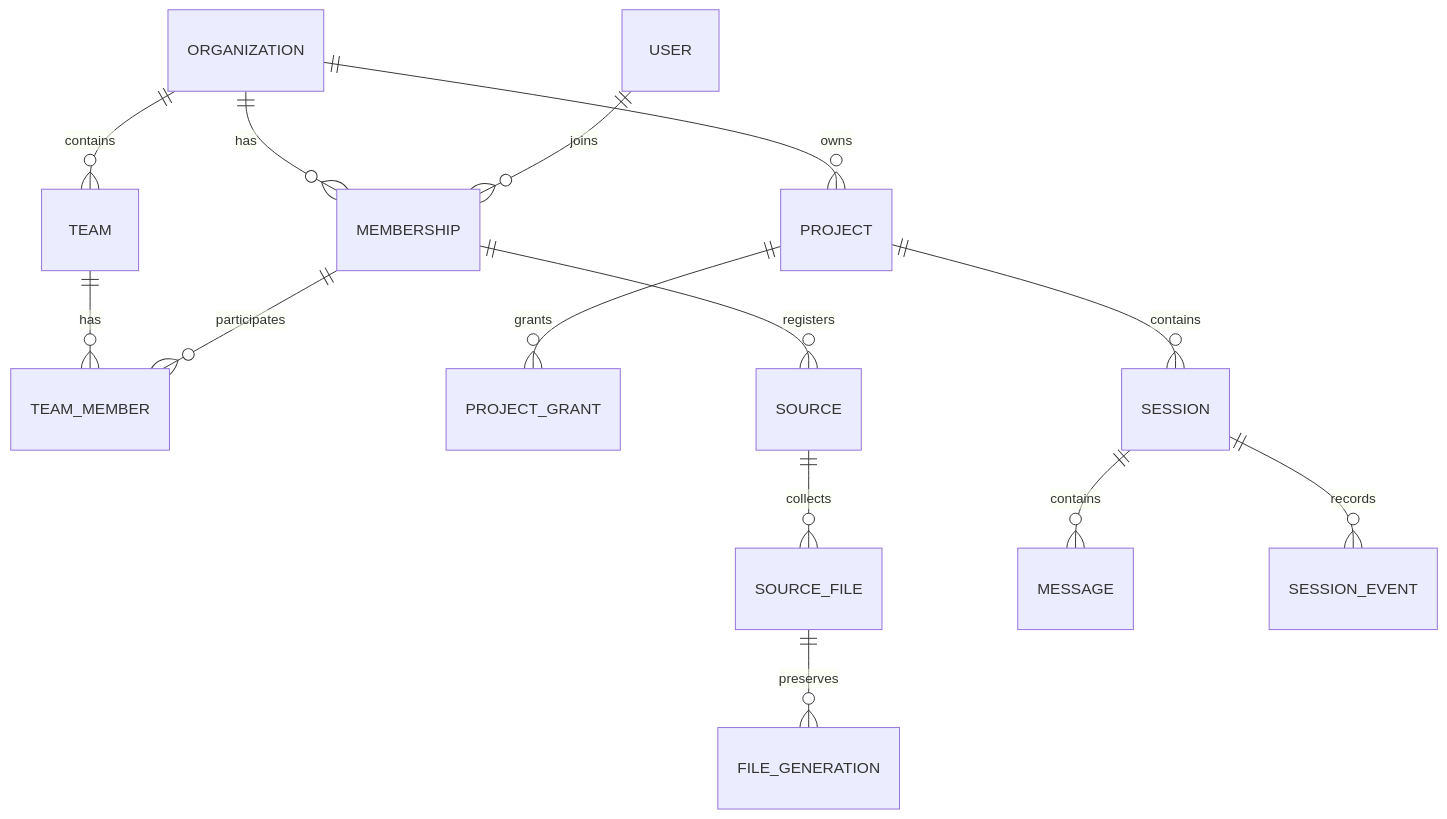
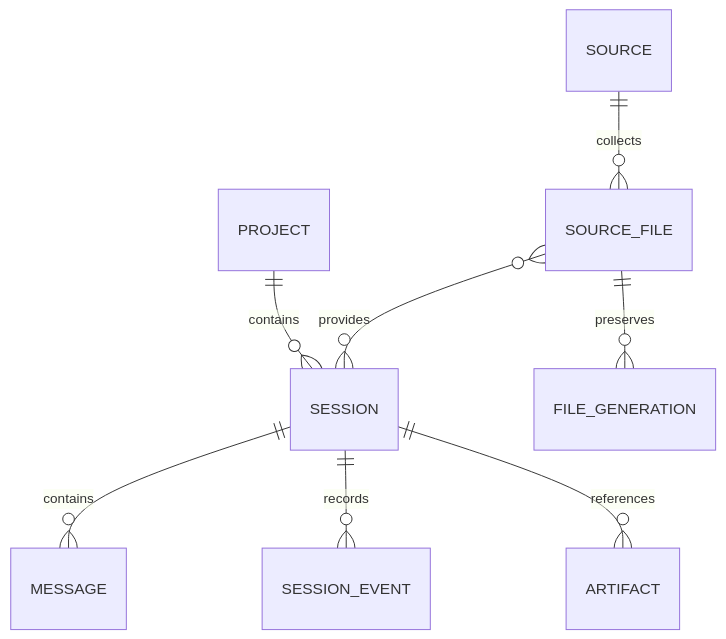
One commit to mitchwolfe1/sessiondb changed the diagram in docs/data-model.md. Above: the diagram before and after it, drawn with Mermaid. The commit also changed other lines of this file and 21 other files, not shown here.

````diff
--- a/docs/data-model.md
+++ b/docs/data-model.md
@@ -9,16 +9,10 @@
 ```mermaid
 erDiagram
-    ORGANIZATION ||--o{ MEMBERSHIP : has
-    USER ||--o{ MEMBERSHIP : joins
-    ORGANIZATION ||--o{ TEAM : contains
-    TEAM ||--o{ TEAM_MEMBER : has
-    MEMBERSHIP ||--o{ TEAM_MEMBER : participates
-    ORGANIZATION ||--o{ PROJECT : owns
-    PROJECT ||--o{ PROJECT_GRANT : grants
     PROJECT ||--o{ SESSION : contains
-    MEMBERSHIP ||--o{ SOURCE : registers
     SOURCE ||--o{ SOURCE_FILE : collects
     SOURCE_FILE ||--o{ FILE_GENERATION : preserves
+    SOURCE_FILE }o--o{ SESSION : provides
     SESSION ||--o{ MESSAGE : contains
     SESSION ||--o{ SESSION_EVENT : records
+    SESSION ||--o{ ARTIFACT : references
 ```
````
